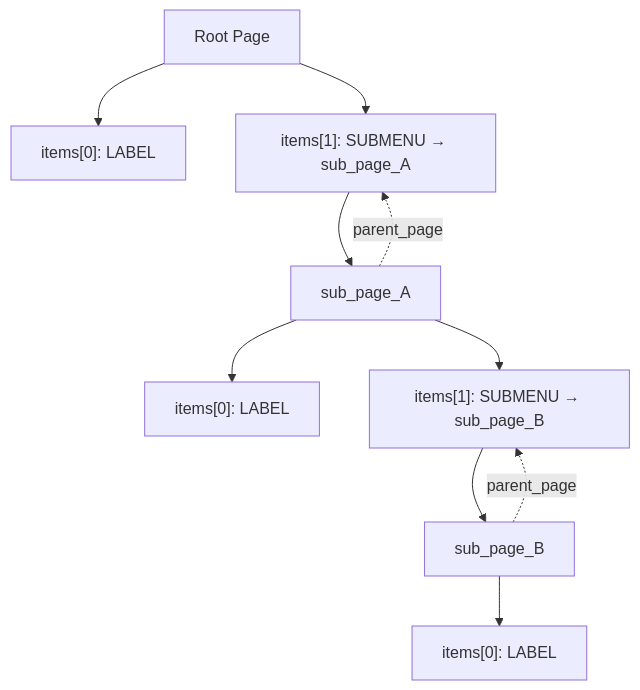
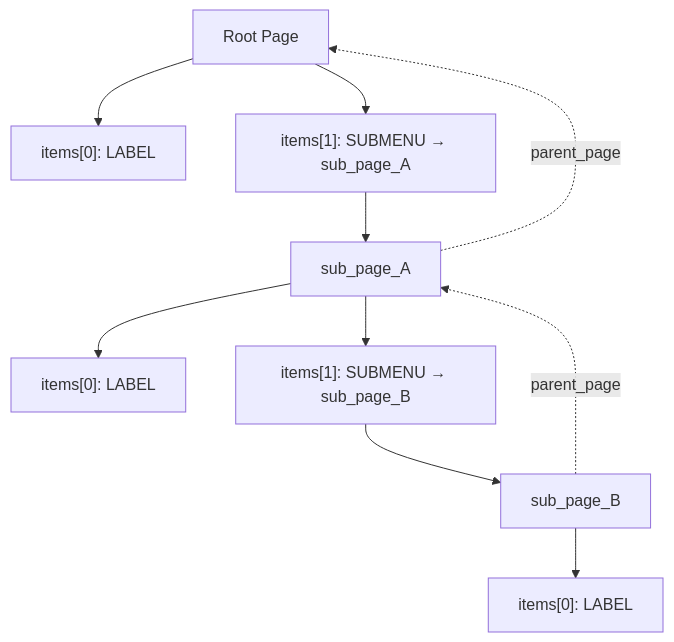
The first of 2 diagrams in project/code/service/gui/MujicaUI_Lite/README.md (4ImL3sSb0T/TiCup_BaseProject_3519), drawn with Mermaid before and after one commit. The commit also changed other lines of this file and 6 other files, not shown here.

````diff
--- a/project/code/service/gui/MujicaUI_Lite/README.md
+++ b/project/code/service/gui/MujicaUI_Lite/README.md
@@ -8,14 +8,14 @@
 ```mermaid
 graph TD
     RP[Root Page] --> RI0["items[0]: LABEL"]
     RP --> RI1["items[1]: SUBMENU → sub_page_A"]
     SPA[sub_page_A] --> SA0["items[0]: LABEL"]
     SPA --> SA1["items[1]: SUBMENU → sub_page_B"]
     SPB[sub_page_B] --> SB0["items[0]: LABEL"]
 
     RI1 --> SPA
     SA1 --> SPB
 
-    SPA -. parent_page .-> RI1
-    SPB -. parent_page .-> SA1
+    SPA -. parent_page .-> RP
+    SPB -. parent_page .-> SPA
 ```
````
